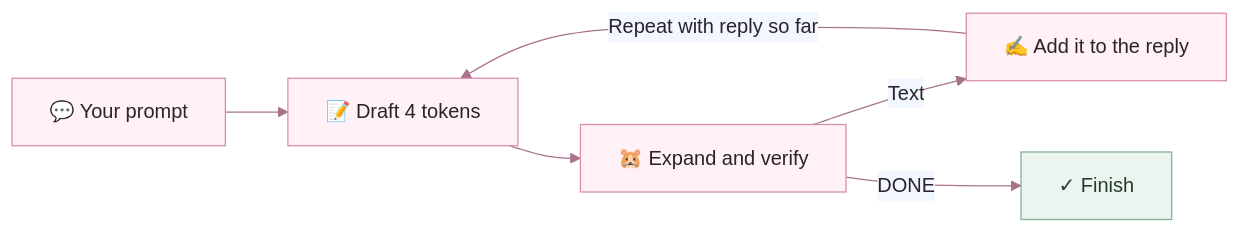
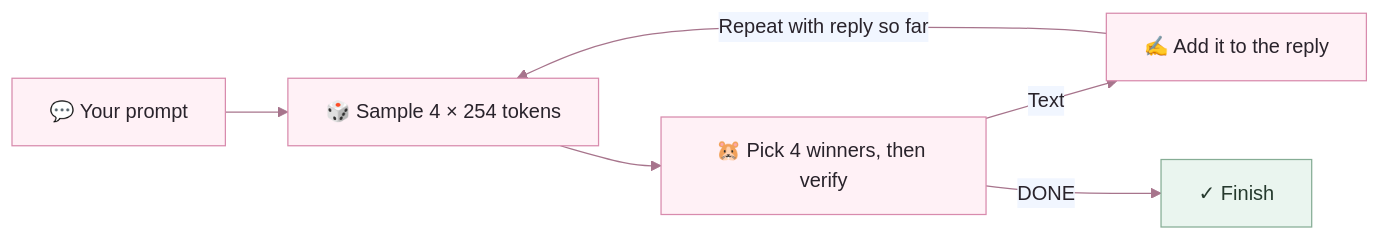
One commit to giga-james/jevgpt changed the diagram in README.md. Above: the diagram before and after it, drawn with Mermaid. The commit also changed other lines of this file and 10 other files, not shown here.

````diff
--- a/README.md
+++ b/README.md
@@ -44,10 +44,10 @@
 ```mermaid
 %%{init: {"theme": "base", "themeVariables": {"primaryColor": "#fff1f6", "primaryTextColor": "#29232b", "primaryBorderColor": "#d88bad", "lineColor": "#a7748c", "fontFamily": "sans-serif"}}}%%
 flowchart LR
-    P["💬 Your prompt"] --> N["📝 Draft 4 tokens"]
-    N --> J["🐹 Expand and verify"]
+    P["💬 Your prompt"] --> N["🎲 Sample 4 × 254 tokens"]
+    N --> J["🐹 Pick 4 winners, then verify"]
     J -- "Text" --> A["✍️ Add it to the reply"]
     A -- "Repeat with reply so far" --> N
     J -- "DONE" --> E["✓ Finish"]
     style E fill:#eaf5ef,stroke:#86ad95,color:#263a2e
 ```
````
